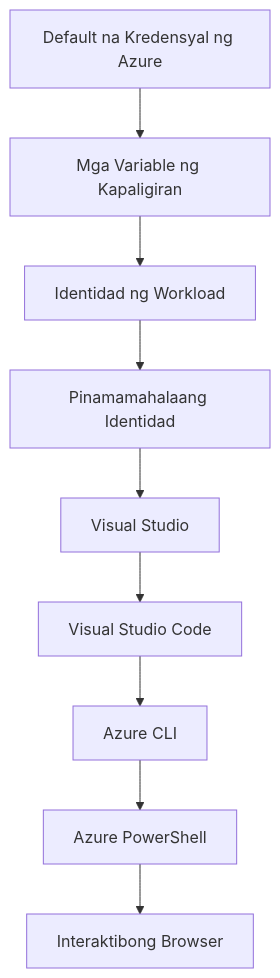
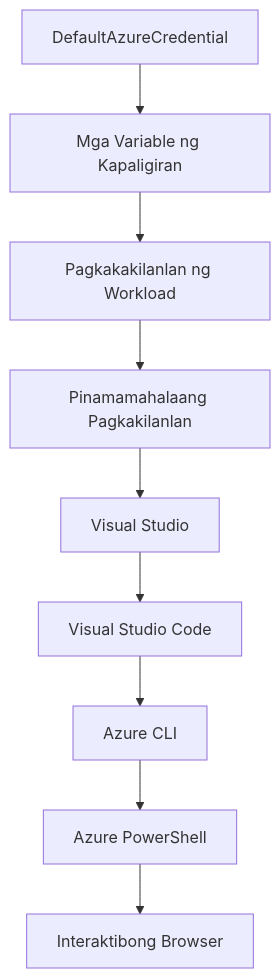
Before and after one commit to microsoft/AZD-for-beginners: the second of 2 diagrams in translations/tl/docs/chapter-01-foundation/azd-basics.md, drawn with Mermaid. The commit also changed other lines of this file and 101 other files, not shown here.

````diff
--- a/translations/tl/docs/chapter-01-foundation/azd-basics.md
+++ b/translations/tl/docs/chapter-01-foundation/azd-basics.md
@@ -591,11 +591,11 @@
 ```mermaid
 graph TD
-    A[Default na Kredensyal ng Azure] --> B[Mga Variable ng Kapaligiran]
-    B --> C[Identidad ng Workload]
-    C --> D[Pinamamahalaang Identidad]
+    A[DefaultAzureCredential] --> B[Mga Variable ng Kapaligiran]
+    B --> C[Pagkakakilanlan ng Workload]
+    C --> D[Pinamamahalaang Pagkakilanlan]
     D --> E[Visual Studio]
     E --> F[Visual Studio Code]
     F --> G[Azure CLI]
     G --> H[Azure PowerShell]
     H --> I[Interaktibong Browser]
 ```
````
